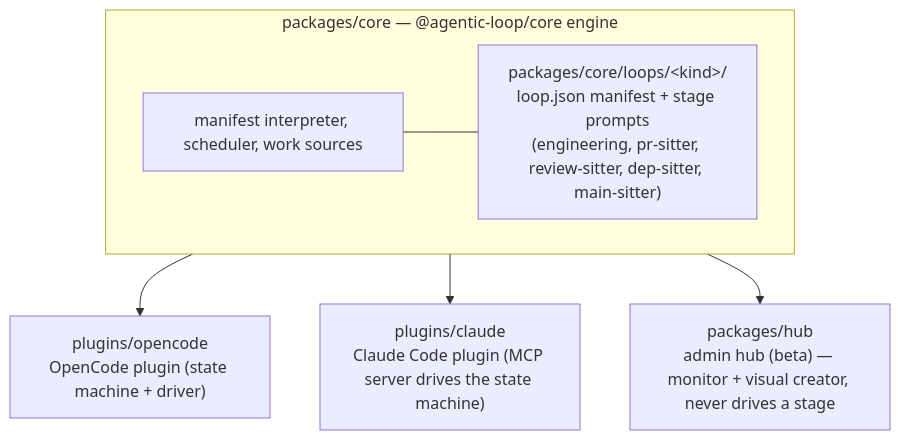
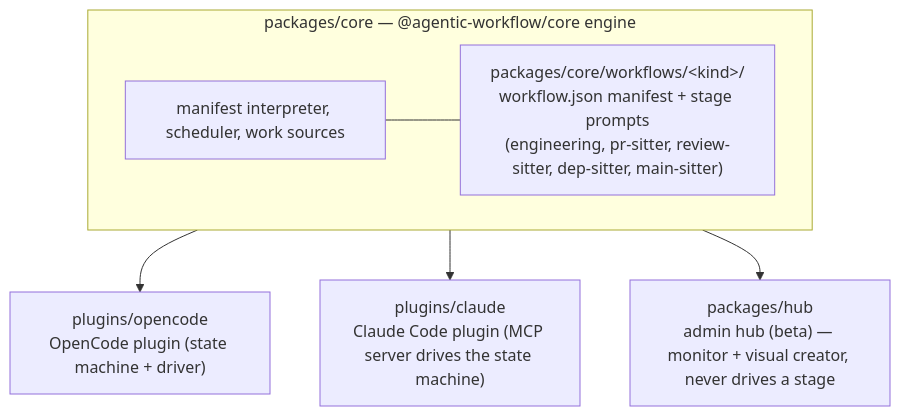
Before and after one commit to yenchang265-afk/agentic-workflow: the second of 2 diagrams in AGENTS.md, drawn with Mermaid. The commit also changed other lines of this file and 507 other files, not shown here.

````diff
--- a/AGENTS.md
+++ b/AGENTS.md
@@ -141,16 +141,16 @@
 ```mermaid
 flowchart TD
-    subgraph Core["packages/core — @agentic-loop/core engine"]
+    subgraph Core["packages/core — @agentic-workflow/core engine"]
         Engine["manifest interpreter, scheduler, work sources"]
-        Loops["packages/core/loops/&lt;kind&gt;/<br/>loop.json manifest + stage prompts<br/>(engineering, pr-sitter, review-sitter, dep-sitter, main-sitter)"]
-        Engine --- Loops
+        Workflows["packages/core/workflows/&lt;kind&gt;/<br/>workflow.json manifest + stage prompts<br/>(engineering, pr-sitter, review-sitter, dep-sitter, main-sitter)"]
+        Engine --- Workflows
     end
 
     OpenCode["plugins/opencode<br/>OpenCode plugin (state machine + driver)"]
     Claude["plugins/claude<br/>Claude Code plugin (MCP server drives the state machine)"]
     Hub["packages/hub<br/>admin hub (beta) — monitor + visual creator, never drives a stage"]
 
     Core --> OpenCode
     Core --> Claude
     Core --> Hub
 ```
````
